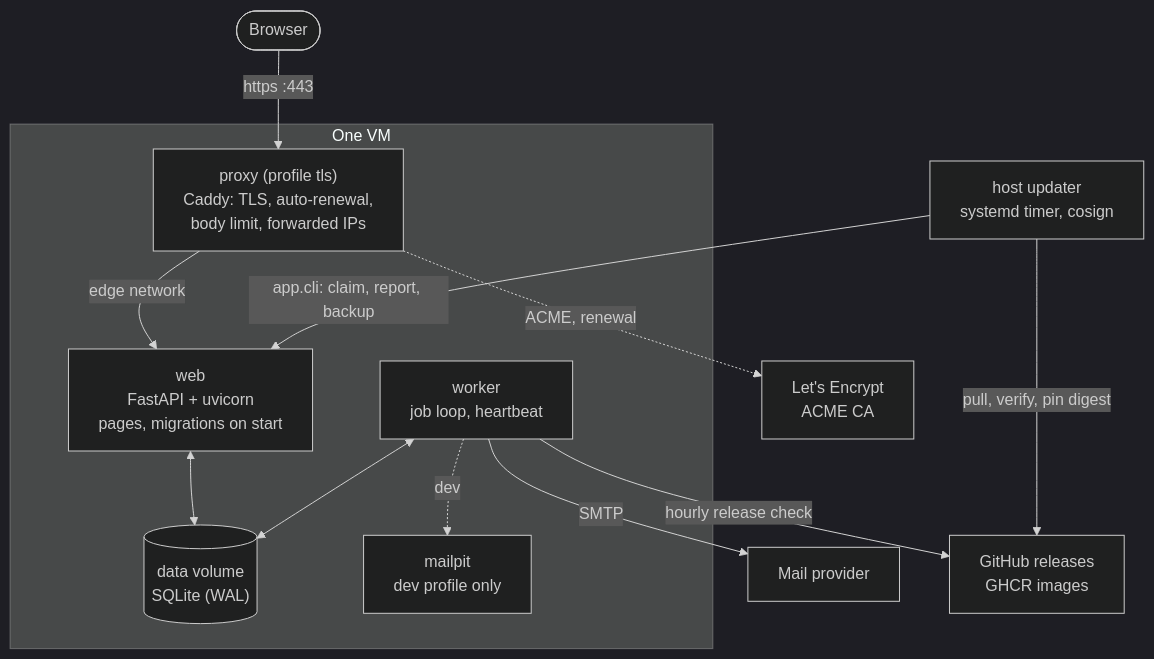
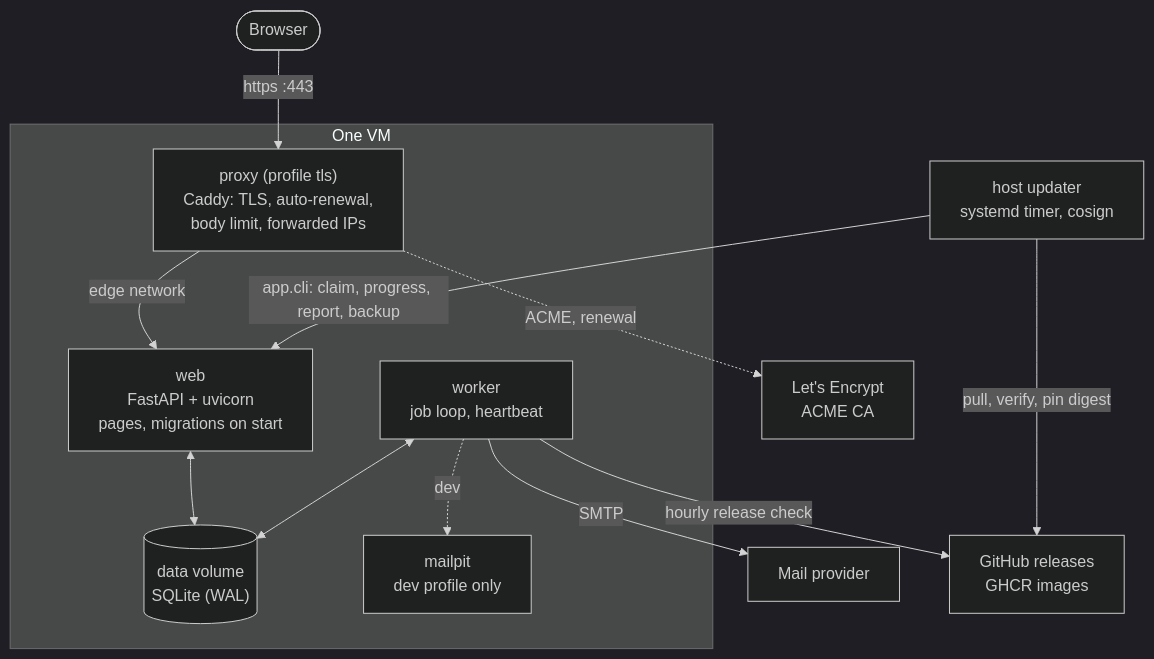
Before and after one commit to 3Corners-Labs/OpenPlanner: the second of 13 diagrams in docs/architecture.md, drawn with Mermaid (dark theme). The commit also changed other lines of this file and 28 other files, not shown here.

First line of the commit message:
feat(admin): live progress of updates, steps reported by the host updater (ADR 0048)

````diff
--- a/docs/architecture.md
+++ b/docs/architecture.md
@@ -86,28 +86,28 @@
 ```mermaid
 flowchart TB
     browser([Browser])
     acme[Let's Encrypt<br/>ACME CA]
 
     subgraph host [One VM]
         proxy["proxy (profile tls)<br/>Caddy: TLS, auto-renewal,<br/>body limit, forwarded IPs"]
         web["web<br/>FastAPI + uvicorn<br/>pages, migrations on start"]
         worker["worker<br/>job loop, heartbeat"]
         volume[("data volume<br/>SQLite (WAL)")]
         mailpit["mailpit<br/>dev profile only"]
     end
 
     smtp[Mail provider]
     github[GitHub releases<br/>GHCR images]
     updater["host updater<br/>systemd timer, cosign"]
 
     browser -- "https :443" --> proxy -- edge network --> web
     proxy -. "ACME, renewal" .-> acme
     web <--> volume
     worker <--> volume
     worker -- SMTP --> smtp
     worker -- hourly release check --> github
-    updater -- "app.cli: claim, report, backup" --> web
+    updater -- "app.cli: claim, progress, report, backup" --> web
     updater -- "pull, verify, pin digest" --> github
     worker -. dev .-> mailpit
 
 ```
````
